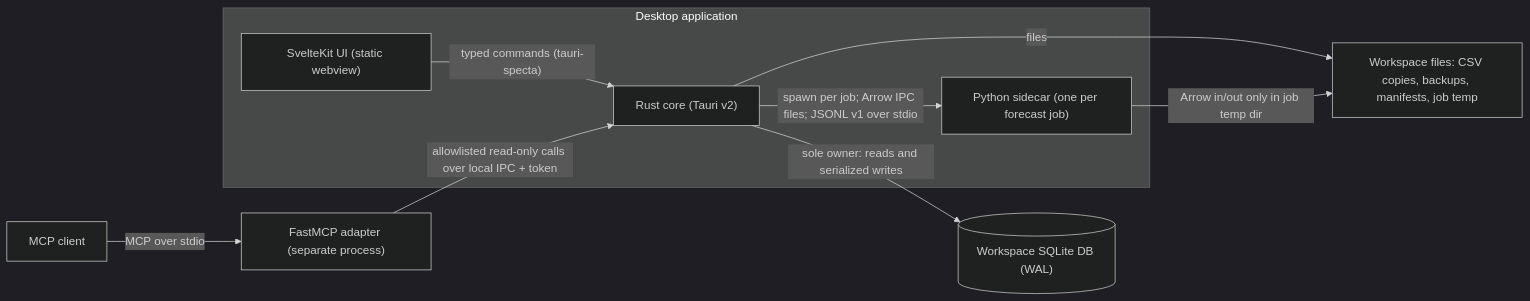
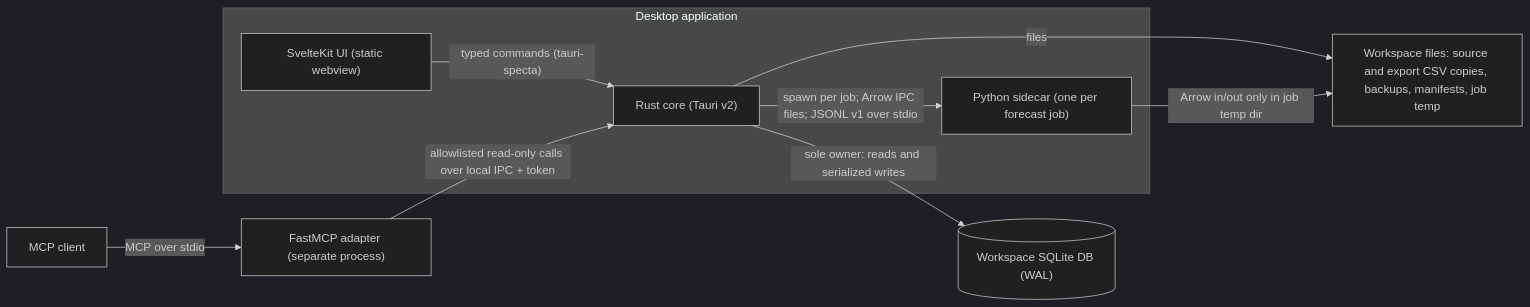
The diagram in docs/architecture/SYSTEM_ARCHITECTURE.md (filki/opendemand), drawn with Mermaid (dark theme) before and after one commit. The commit also changed other lines of this file and 13 other files, not shown here.

````diff
--- a/docs/architecture/SYSTEM_ARCHITECTURE.md
+++ b/docs/architecture/SYSTEM_ARCHITECTURE.md
@@ -7,20 +7,20 @@
 ```mermaid
 flowchart LR
     subgraph Desktop["Desktop application"]
         UI["SvelteKit UI (static webview)"]
         CORE["Rust core (Tauri v2)"]
         SIDE["Python sidecar (one per forecast job)"]
     end
     MCP["FastMCP adapter (separate process)"]
     CLIENT["MCP client"]
     DB[("Workspace SQLite DB (WAL)")]
-    WS["Workspace files: CSV copies, backups, manifests, job temp"]
+    WS["Workspace files: source and export CSV copies, backups, manifests, job temp"]
 
     UI -- "typed commands (tauri-specta)" --> CORE
     CORE -- "sole owner: reads and serialized writes" --> DB
     CORE -- "spawn per job; Arrow IPC files; JSONL v1 over stdio" --> SIDE
     CORE -- "files" --> WS
     SIDE -- "Arrow in/out only in job temp dir" --> WS
     CLIENT -- "MCP over stdio" --> MCP
     MCP -- "allowlisted read-only calls over local IPC + token" --> CORE
 ```
````
